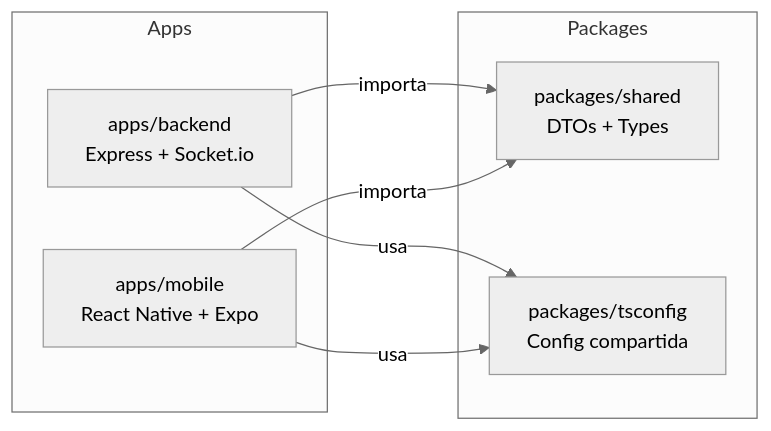
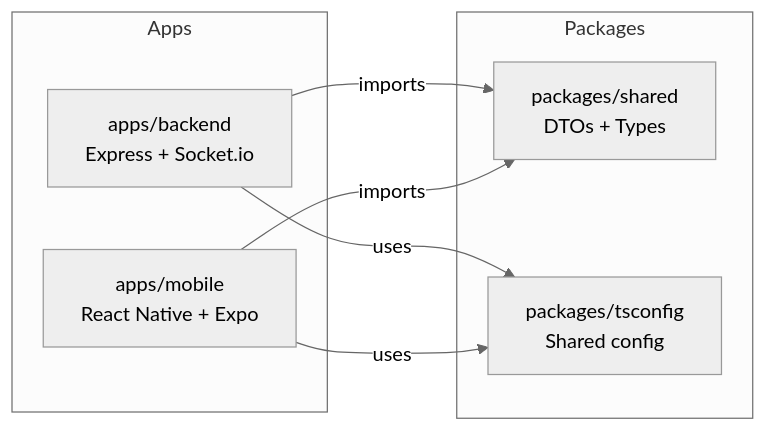
Before and after one commit to Lokhc/mobile-chatapp-showcase: the first of 3 diagrams in README.md, drawn with Mermaid (neutral theme). The commit also changed other lines of this file, not shown here.

````diff
--- a/README.md
+++ b/README.md
@@ -55,17 +57,17 @@
 ```mermaid
 flowchart LR
     subgraph Apps
         A[apps/backend<br/>Express + Socket.io]
         B[apps/mobile<br/>React Native + Expo]
     end
 
     subgraph Packages
         C[packages/shared<br/>DTOs + Types]
-        D[packages/tsconfig<br/>Config compartida]
+        D[packages/tsconfig<br/>Shared config]
     end
 
-    A -->|importa| C
-    B -->|importa| C
-    A -->|usa| D
-    B -->|usa| D
+    A -->|imports| C
+    B -->|imports| C
+    A -->|uses| D
+    B -->|uses| D
 ```
````
